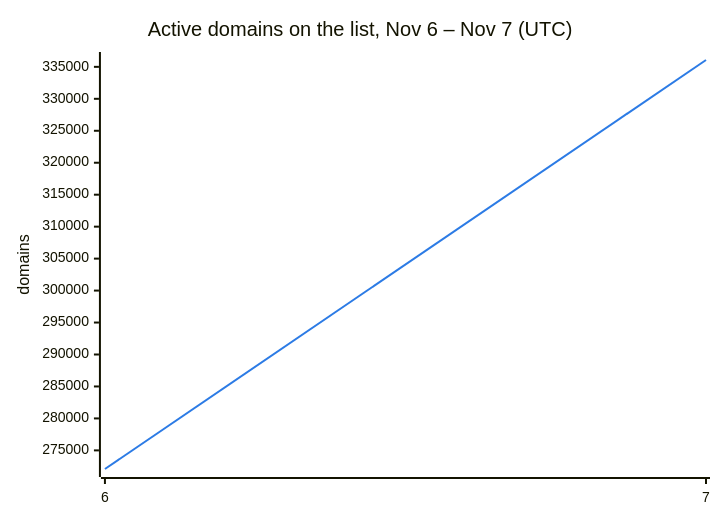
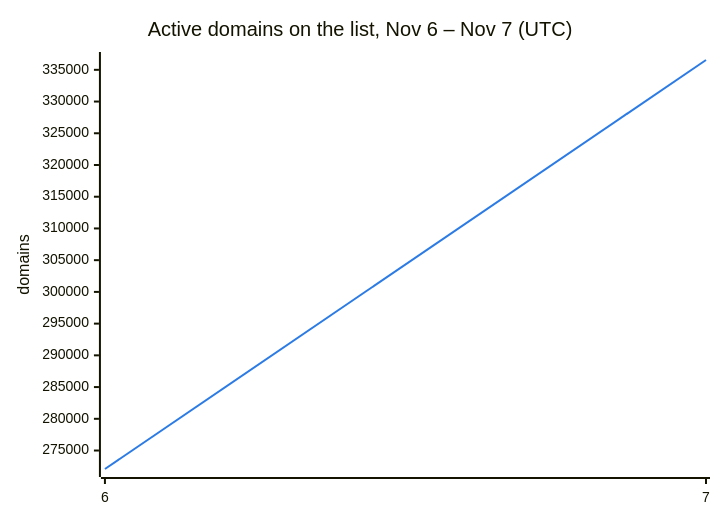
One commit to DNSBunker/CTI changed the second of 3 diagrams in README.md. Above: the diagram before and after it, drawn with Mermaid. The commit also changed other lines of this file and 3 other files, not shown here.

````diff
--- a/README.md
+++ b/README.md
@@ -38,8 +38,8 @@
 ```mermaid
 %%{init: {"themeVariables": {"xyChart": {"plotColorPalette": "#2c7be5"}}}}%%
 xychart-beta
     title "Active domains on the list, Nov 6 – Nov 7 (UTC)"
     x-axis ["6", "7"]
     y-axis "domains"
-    line [272088, 336071]
+    line [272088, 336547]
 ```
````
